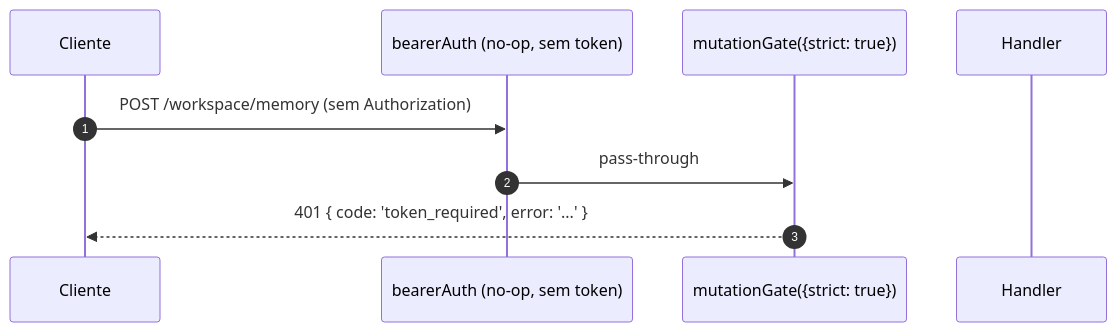
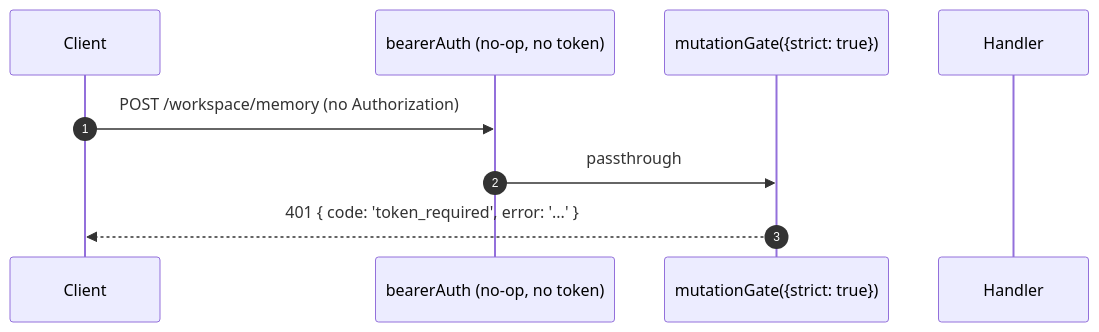
One commit to QwenLM/qwen-code-docs changed the fourth of 4 diagrams in website/content/pt-BR/developers/daemon/12-auth-security.md. Above: the diagram before and after it, drawn with Mermaid. The commit also changed other lines of this file and 265 other files, not shown here.

````diff
--- a/website/content/pt-BR/developers/daemon/12-auth-security.md
+++ b/website/content/pt-BR/developers/daemon/12-auth-security.md
@@ -219,12 +222,12 @@
 ```mermaid
 sequenceDiagram
     autonumber
-    participant C as Cliente
-    participant BA as bearerAuth (no-op, sem token)
+    participant C as Client
+    participant BA as bearerAuth (no-op, no token)
     participant MG as mutationGate({strict: true})
     participant R as Handler
 
-    C->>BA: POST /workspace/memory (sem Authorization)
-    BA->>MG: pass-through
+    C->>BA: POST /workspace/memory (no Authorization)
+    BA->>MG: passthrough
     MG-->>C: 401 { code: 'token_required', error: '...' }
 ```
````
